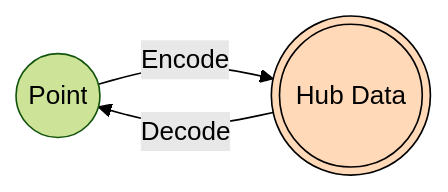
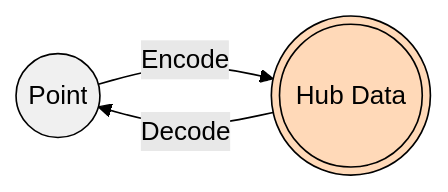
The third of 3 diagrams in README.md (eenti-utils/xl8r), drawn with Mermaid (forest theme) before and after one commit. The commit also changed other lines of this file, not shown here.

````diff
--- a/README.md
+++ b/README.md
@@ -64,7 +70,8 @@
 ```mermaid
 graph LR
-  A((Point)) -- Encode --> H(((Hub Data)))
-  H -- Decode --> A((Point))
+  P((Point)) -- Encode --> H(((Hub Data)))
+  H -- Decode --> P
 
   style H fill:#FFD9B8,stroke:black,color:black
+  style P fill:#F0F0F0,stroke:black,color:black
 ```
````
